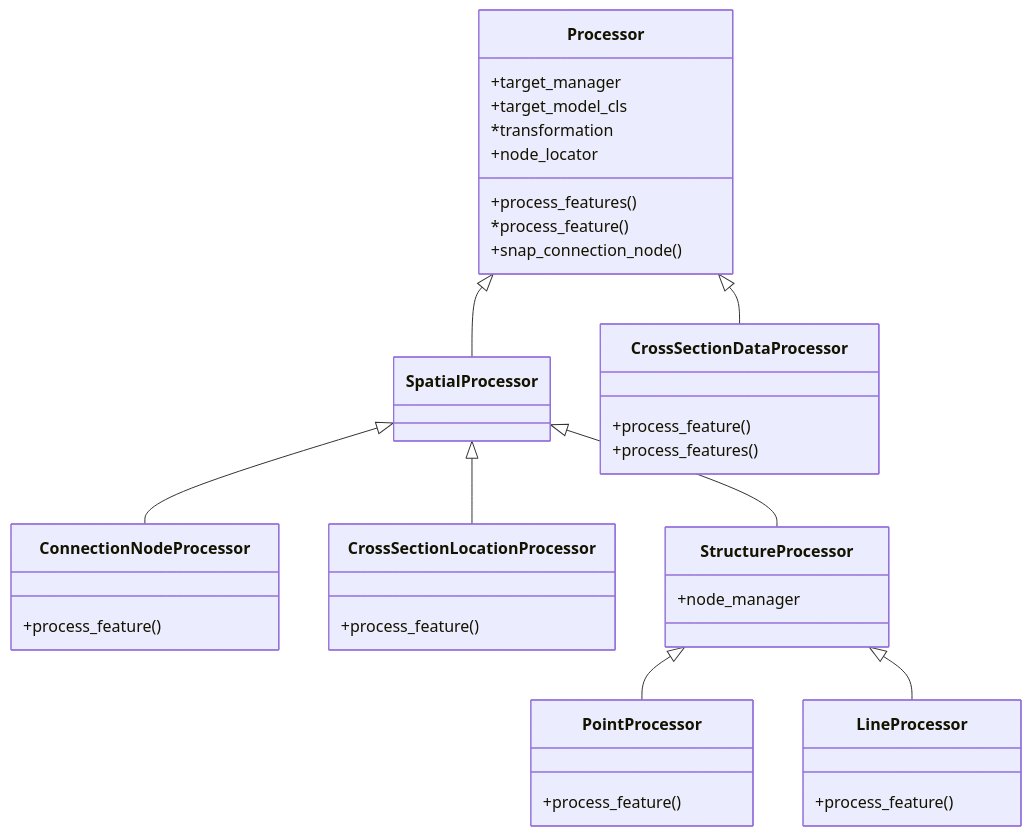
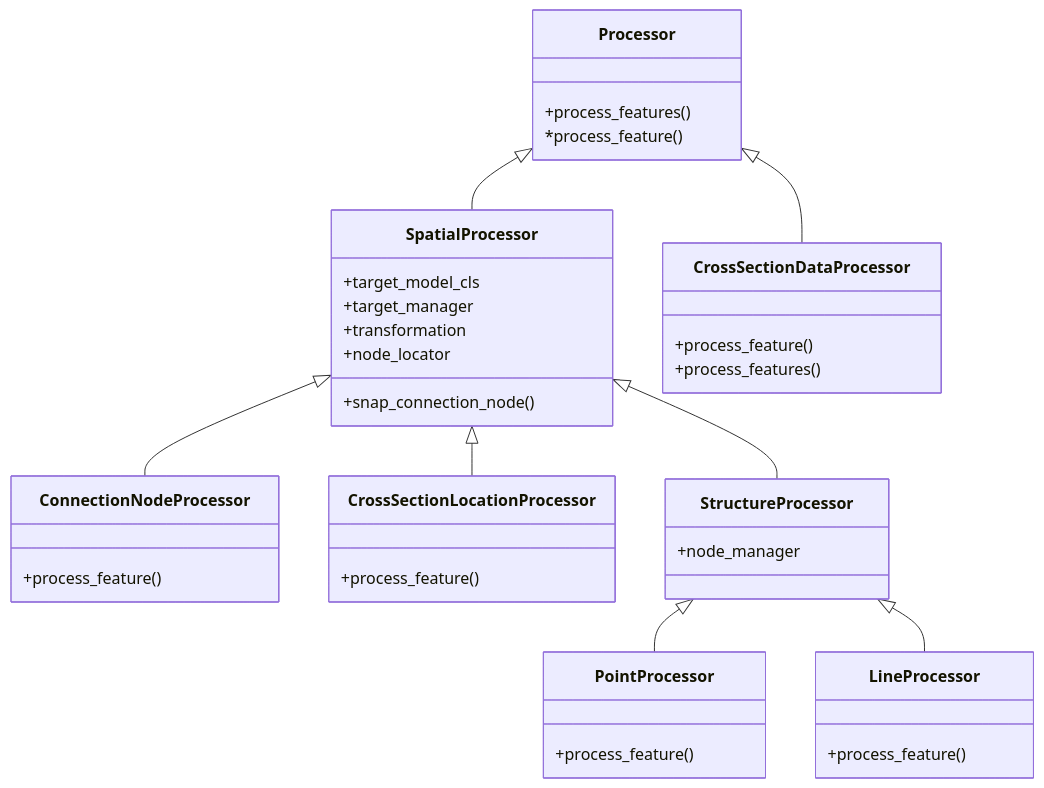
One commit to nens/threedi-schematisation-editor changed the fourth of 4 diagrams in threedi_schematisation_editor/vector_data_importer/DESIGN.md. Above: the diagram before and after it, drawn with Mermaid. The commit also changed other lines of this file and 1 other file, not shown here.

````diff
--- a/threedi_schematisation_editor/vector_data_importer/DESIGN.md
+++ b/threedi_schematisation_editor/vector_data_importer/DESIGN.md
@@ -82,49 +196,48 @@
 ```mermaid
 classDiagram
     Processor <|-- SpatialProcessor
     Processor <|-- CrossSectionDataProcessor
     SpatialProcessor <|-- ConnectionNodeProcessor
     SpatialProcessor <|-- CrossSectionLocationProcessor
     SpatialProcessor <|-- StructureProcessor
     StructureProcessor <|-- PointProcessor
     StructureProcessor <|-- LineProcessor
 
     class Processor {
-        +target_manager
         +process_features()
         *process_feature()
-        
     }
     
     class CrossSectionDataProcessor {
         +process_feature()
         +process_features()
     }    
 
-    class Processor {
+    class SpatialProcessor {
         +target_model_cls
-        *transformation
+        +target_manager
+        +transformation
         +node_locator
         +snap_connection_node()
     }
 
     class ConnectionNodeProcessor {
         +process_feature()
     }
     
     class CrossSectionLocationProcessor {
         +process_feature()
     }
 
     class StructureProcessor {
         +node_manager
     }
 
     class PointProcessor {
         +process_feature()
     }
 
     class LineProcessor {
         +process_feature()
     }
 ```
````
